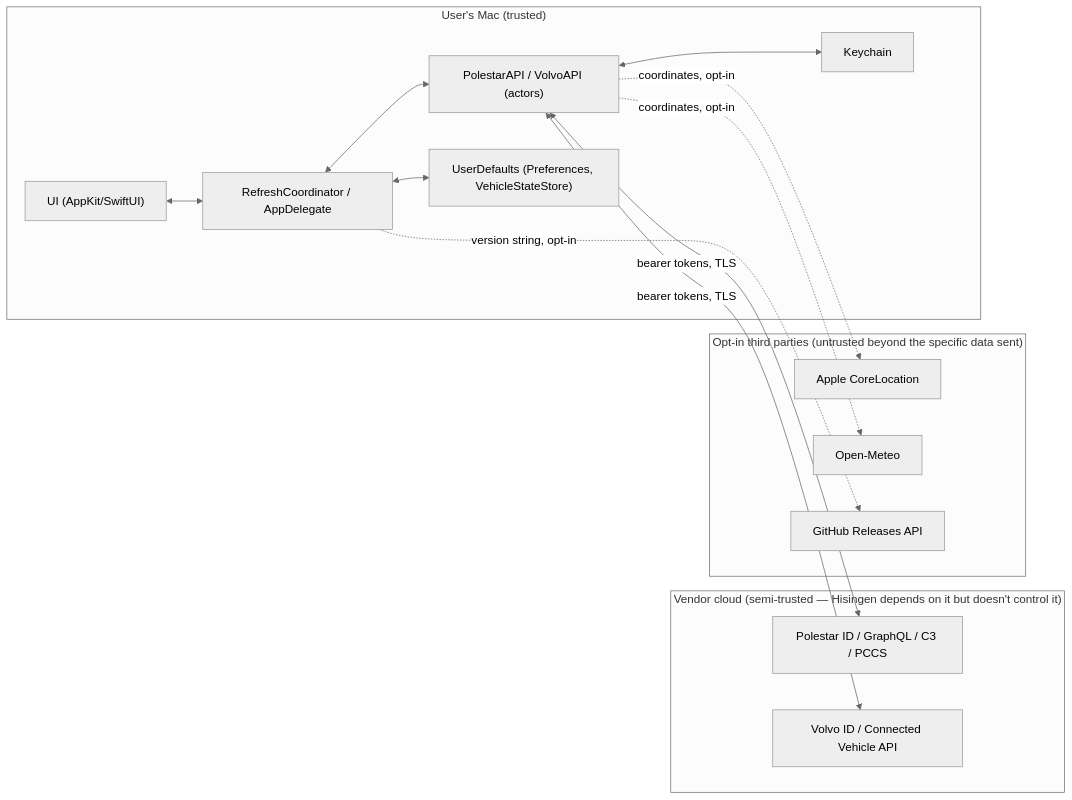
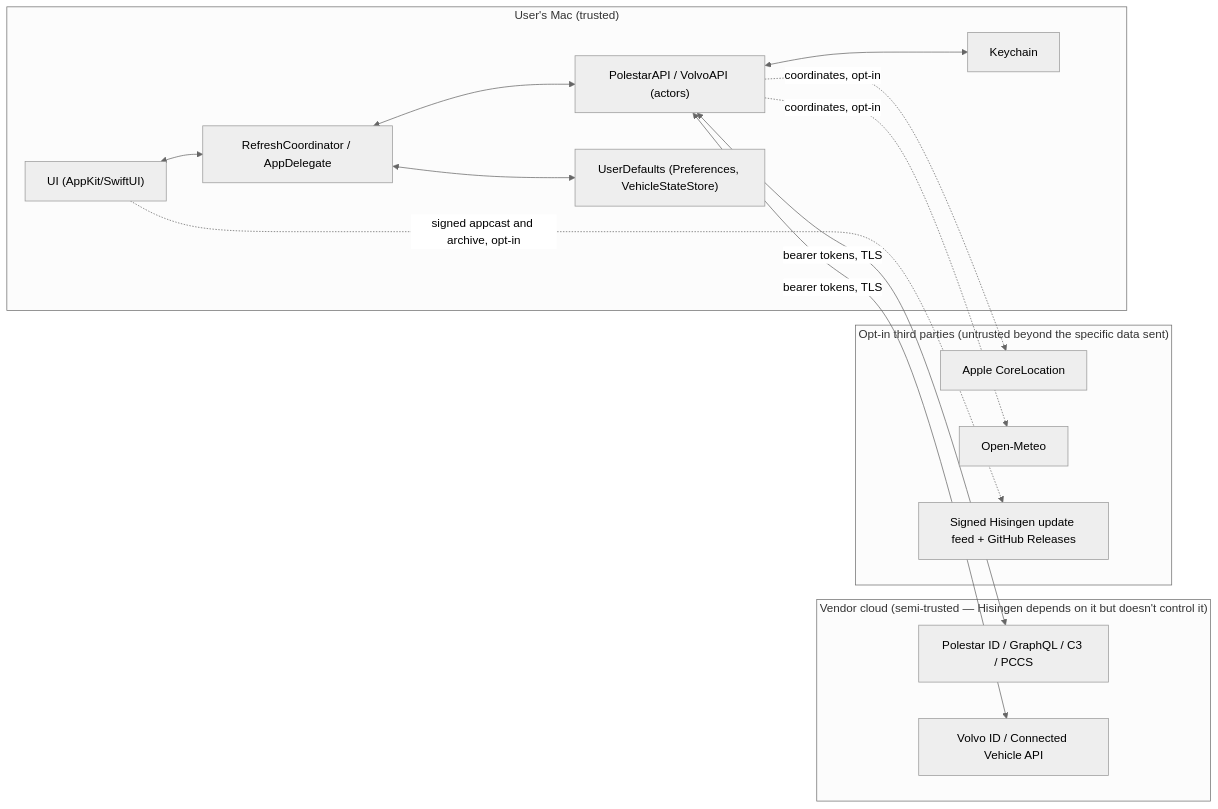
Before and after one commit to NicolasKheirallah/Hisingen: the diagram in docs/security/overview.md, drawn with Mermaid (neutral theme). The commit also changed other lines of this file and 55 other files, not shown here.

Commit message:
feat: add signed Sparkle updates and harden releases

````diff
--- a/docs/security/overview.md
+++ b/docs/security/overview.md
@@ -7,29 +7,29 @@
 ```mermaid
 flowchart LR
     subgraph Mac["User's Mac (trusted)"]
         UI["UI (AppKit/SwiftUI)"]
         RC["RefreshCoordinator / AppDelegate"]
         Prov["PolestarAPI / VolvoAPI (actors)"]
         KC["Keychain"]
         Prefs["UserDefaults (Preferences, VehicleStateStore)"]
     end
     subgraph Vendor["Vendor cloud (semi-trusted — Hisingen depends on it but doesn't control it)"]
         PID["Polestar ID / GraphQL / C3 / PCCS"]
         VID["Volvo ID / Connected Vehicle API"]
     end
     subgraph ThirdParty["Opt-in third parties (untrusted beyond the specific data sent)"]
         Geo["Apple CoreLocation"]
         Meteo["Open-Meteo"]
-        GH["GitHub Releases API"]
+        GH["Signed Hisingen update feed + GitHub Releases"]
     end
 
     UI <--> RC
     RC <--> Prov
     Prov <--> KC
     RC <--> Prefs
     Prov <-->|bearer tokens, TLS| PID
     Prov <-->|bearer tokens, TLS| VID
     Prov -.->|coordinates, opt-in| Geo
     Prov -.->|coordinates, opt-in| Meteo
-    RC -.->|version string, opt-in| GH
+    UI -.->|signed appcast and archive, opt-in| GH
 ```
````
